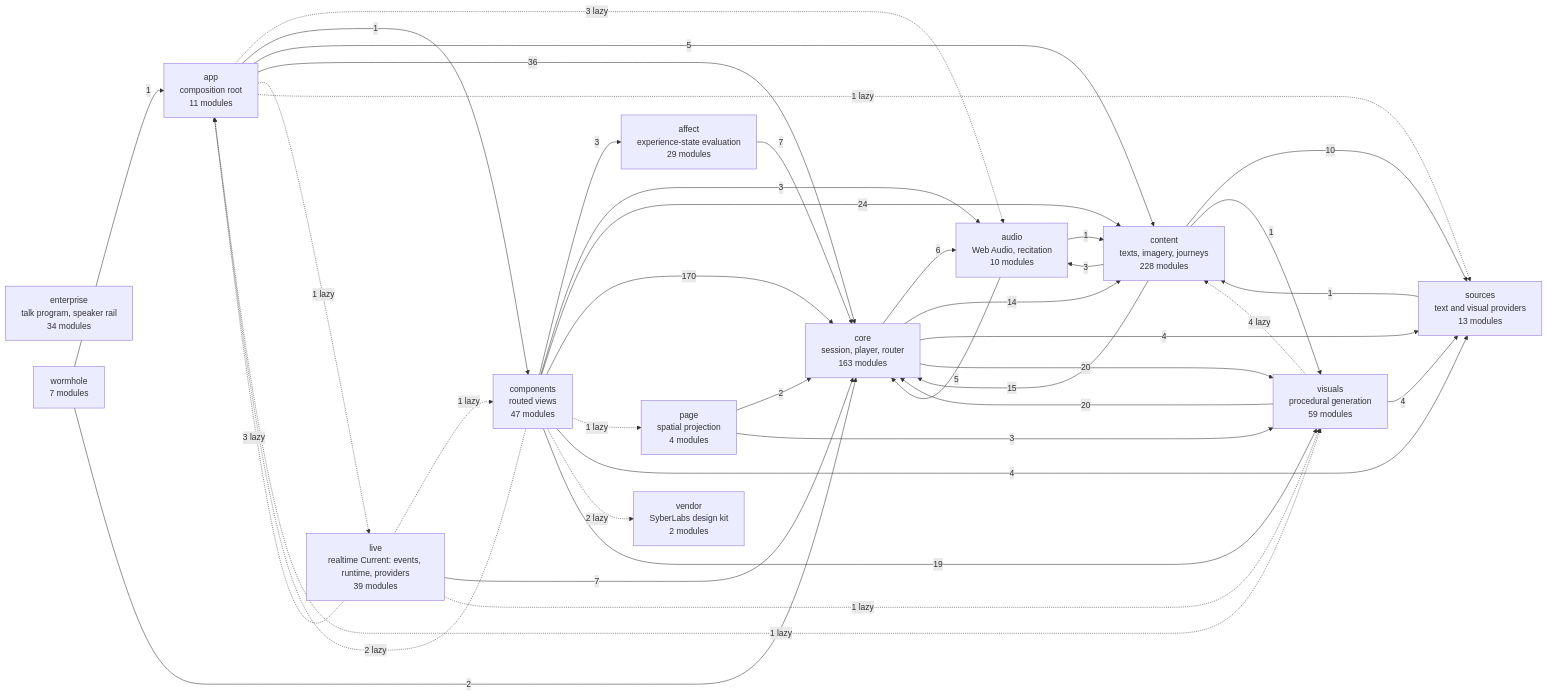
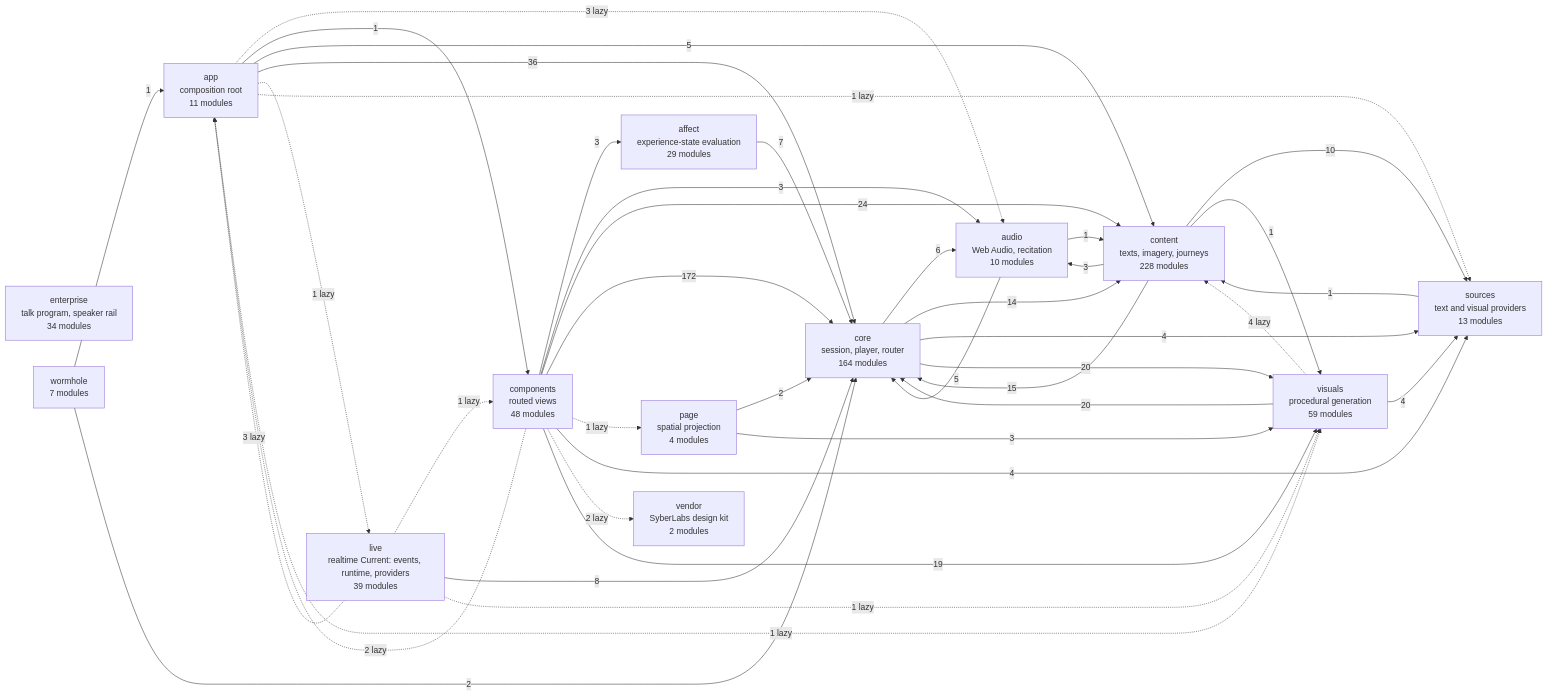
One commit to SyberLabs/RISE changed the diagram in docs/specs/ARCHITECTURE.md. Above: the diagram before and after it, drawn with Mermaid. The commit also changed other lines of this file and 20 other files, not shown here.

````diff
--- a/docs/specs/ARCHITECTURE.md
+++ b/docs/specs/ARCHITECTURE.md
@@ -160,56 +160,56 @@
 ```mermaid
 flowchart LR
     affect["affect<br/>experience-state evaluation<br/>29 modules"]
     app["app<br/>composition root<br/>11 modules"]
     audio["audio<br/>Web Audio, recitation<br/>10 modules"]
-    components["components<br/>routed views<br/>47 modules"]
+    components["components<br/>routed views<br/>48 modules"]
     content["content<br/>texts, imagery, journeys<br/>228 modules"]
-    core["core<br/>session, player, router<br/>163 modules"]
+    core["core<br/>session, player, router<br/>164 modules"]
     enterprise["enterprise<br/>talk program, speaker rail<br/>34 modules"]
     live["live<br/>realtime Current: events, runtime, providers<br/>39 modules"]
     page["page<br/>spatial projection<br/>4 modules"]
     sources["sources<br/>text and visual providers<br/>13 modules"]
     vendor["vendor<br/>SyberLabs design kit<br/>2 modules"]
     visuals["visuals<br/>procedural generation<br/>59 modules"]
     wormhole["wormhole<br/>7 modules"]
 
     affect --> |7| core
     app -.-> |3 lazy| audio
     app --> |1| components
     app --> |5| content
     app --> |36| core
     app -.-> |1 lazy| live
     app -.-> |1 lazy| sources
     app -.-> |1 lazy| visuals
     audio --> |1| content
     audio --> |5| core
     components --> |3| affect
     components -.-> |2 lazy| app
     components --> |3| audio
     components --> |24| content
-    components --> |170| core
+    components --> |172| core
     components -.-> |1 lazy| page
     components --> |4| sources
     components -.-> |2 lazy| vendor
     components --> |19| visuals
     content --> |3| audio
     content --> |15| core
     content --> |10| sources
     content --> |1| visuals
     core --> |6| audio
     core --> |14| content
     core --> |4| sources
     core --> |20| visuals
     live -.-> |3 lazy| app
     live -.-> |1 lazy| components
-    live --> |7| core
+    live --> |8| core
     live -.-> |1 lazy| visuals
     page --> |2| core
     page --> |3| visuals
     sources --> |1| content
     visuals -.-> |4 lazy| content
     visuals --> |20| core
     visuals --> |4| sources
     wormhole --> |1| app
     wormhole --> |2| core
 ```
````
